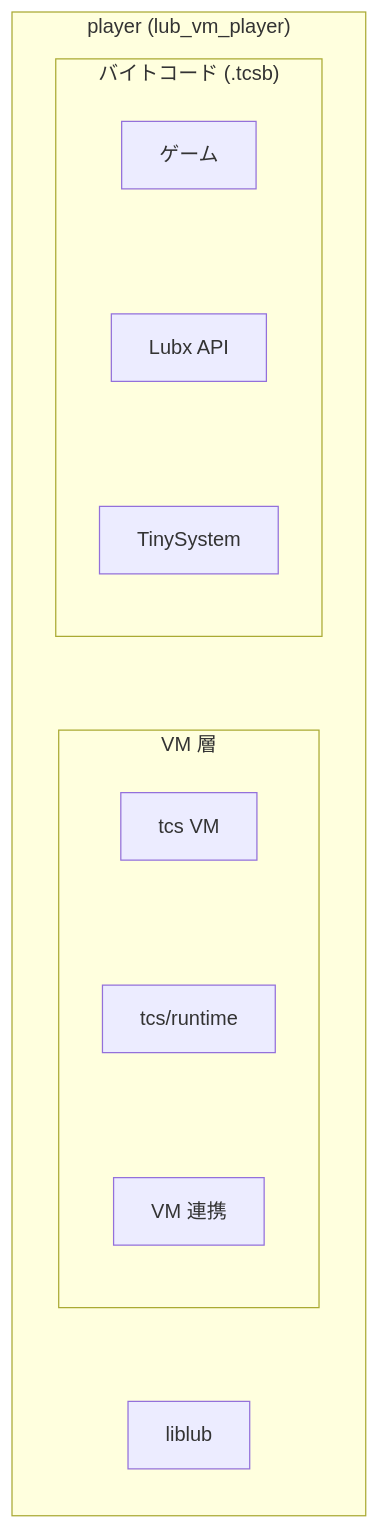
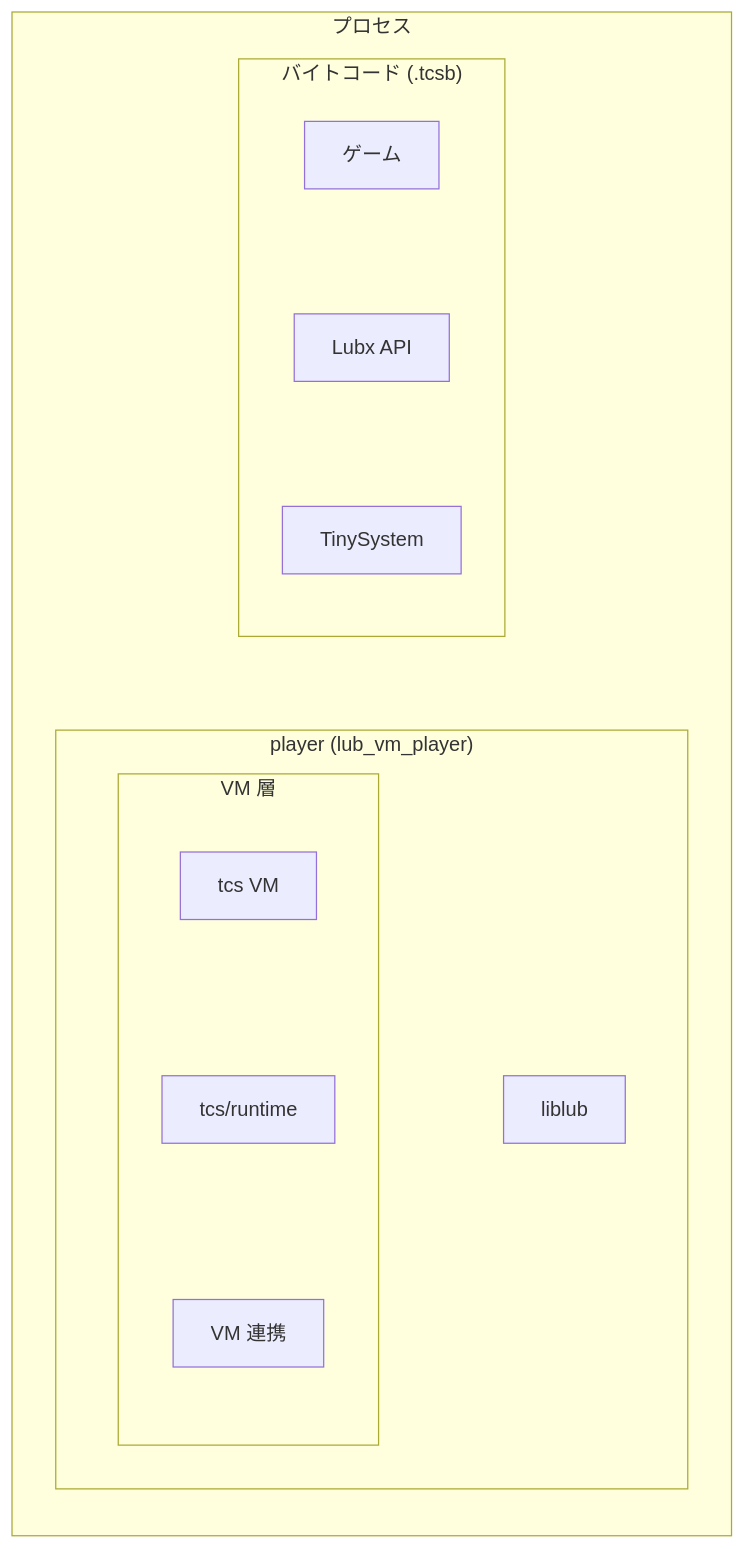
Before and after one commit to neguse/lub: the first of 3 diagrams in docs/develop.md, drawn with Mermaid. The commit also changed other lines of this file, not shown here.

Commit message:
docs/develop.md の実行モード図の外箱をプロセスに統一する

````diff
--- a/docs/develop.md
+++ b/docs/develop.md
@@ -22,15 +22,18 @@
 ```mermaid
 flowchart LR
-    subgraph vm_bin["player (lub_vm_player)"]
+    subgraph vm_proc["プロセス"]
         subgraph vm_mod["バイトコード (.tcsb)"]
             direction TB
             vm_game["ゲーム"] ~~~ vm_lubx["Lubx API"] ~~~ vm_ts["TinySystem"]
         end
-        subgraph vm_core["VM 層"]
-            direction TB
-            vm_vm["tcs VM"] ~~~ vm_rt["tcs/runtime"] ~~~ vm_glue["VM 連携"]
+        subgraph vm_player["player (lub_vm_player)"]
+            subgraph vm_core["VM 層"]
+                direction TB
+                vm_vm["tcs VM"] ~~~ vm_rt["tcs/runtime"] ~~~ vm_glue["VM 連携"]
+            end
+            vm_lib["liblub"]
+            vm_core ~~~ vm_lib
         end
-        vm_lib["liblub"]
-        vm_mod ~~~ vm_core ~~~ vm_lib
+        vm_mod ~~~ vm_player
     end
 ```
````
